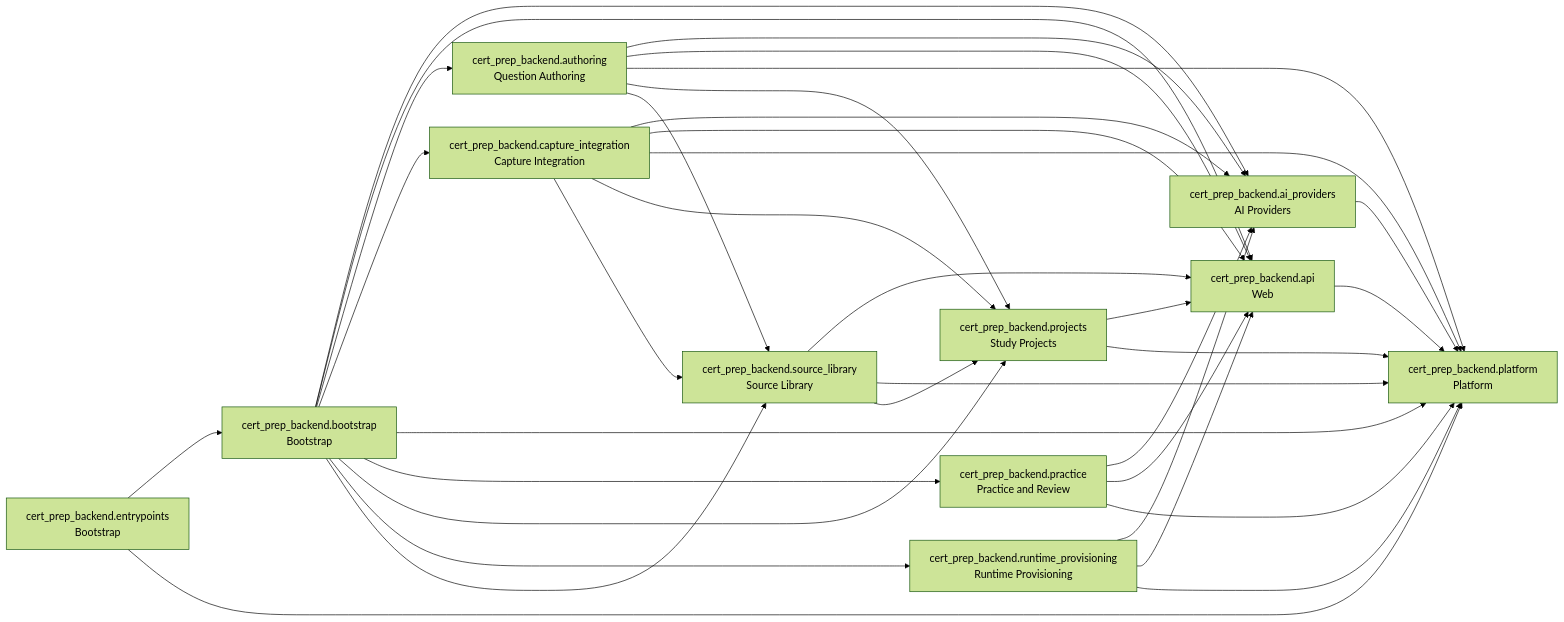
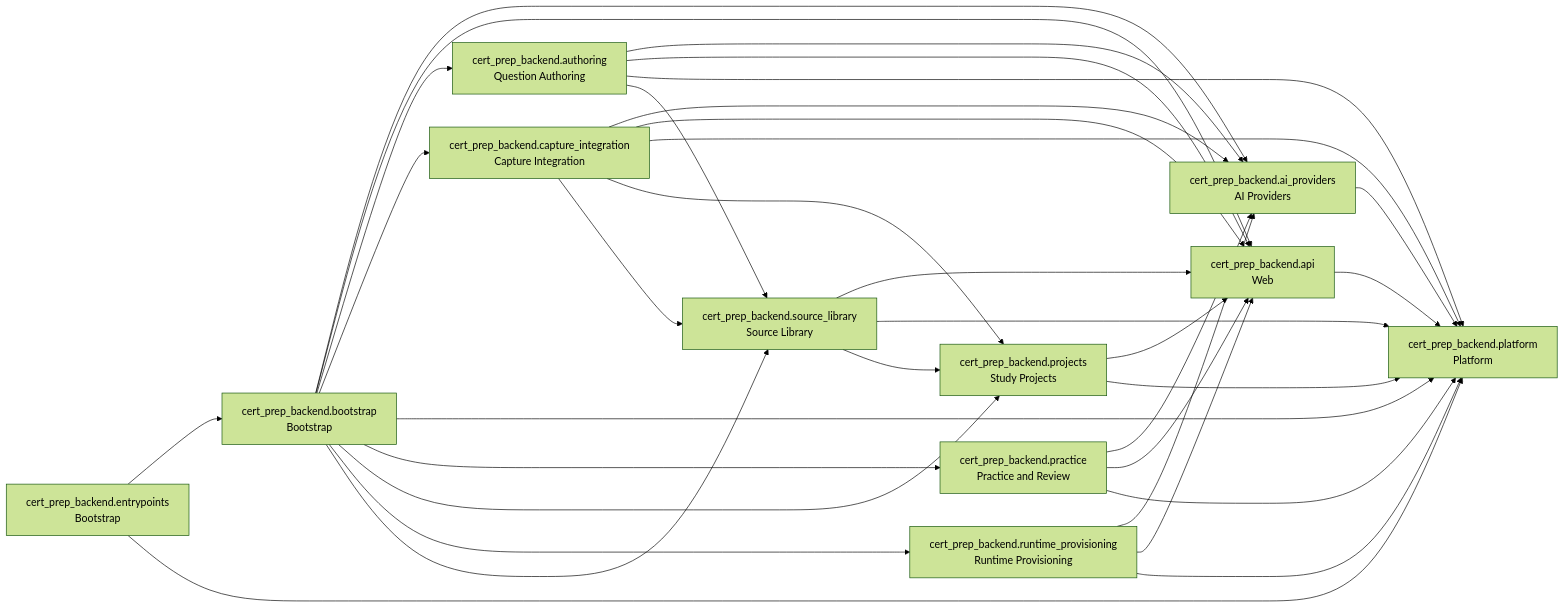
Before and after one commit to WodenWang820118/cert-prep: the diagram in docs/architecture/backend-contexts.md, drawn with Mermaid (forest theme). The commit also changed 37 other files, not shown here.

First line of the commit message:
refactor(authoring,capture-integration): reach projects and source library through ports (DDD step C5, part 3)

````diff
--- a/docs/architecture/backend-contexts.md
+++ b/docs/architecture/backend-contexts.md
@@ -6,48 +6,47 @@
 ```mermaid
 flowchart LR
   n_cert_prep_backend_ai_providers["cert_prep_backend.ai_providers<br/>AI Providers"]
   n_cert_prep_backend_api["cert_prep_backend.api<br/>Web"]
   n_cert_prep_backend_authoring["cert_prep_backend.authoring<br/>Question Authoring"]
   n_cert_prep_backend_bootstrap["cert_prep_backend.bootstrap<br/>Bootstrap"]
   n_cert_prep_backend_capture_integration["cert_prep_backend.capture_integration<br/>Capture Integration"]
   n_cert_prep_backend_entrypoints["cert_prep_backend.entrypoints<br/>Bootstrap"]
   n_cert_prep_backend_platform["cert_prep_backend.platform<br/>Platform"]
   n_cert_prep_backend_practice["cert_prep_backend.practice<br/>Practice and Review"]
   n_cert_prep_backend_projects["cert_prep_backend.projects<br/>Study Projects"]
   n_cert_prep_backend_runtime_provisioning["cert_prep_backend.runtime_provisioning<br/>Runtime Provisioning"]
   n_cert_prep_backend_source_library["cert_prep_backend.source_library<br/>Source Library"]
   n_cert_prep_backend_ai_providers --> n_cert_prep_backend_platform
   n_cert_prep_backend_api --> n_cert_prep_backend_platform
   n_cert_prep_backend_authoring --> n_cert_prep_backend_ai_providers
   n_cert_prep_backend_authoring --> n_cert_prep_backend_api
   n_cert_prep_backend_authoring --> n_cert_prep_backend_platform
-  n_cert_prep_backend_authoring --> n_cert_prep_backend_projects
   n_cert_prep_backend_authoring --> n_cert_prep_backend_source_library
   n_cert_prep_backend_bootstrap --> n_cert_prep_backend_ai_providers
   n_cert_prep_backend_bootstrap --> n_cert_prep_backend_api
   n_cert_prep_backend_bootstrap --> n_cert_prep_backend_authoring
   n_cert_prep_backend_bootstrap --> n_cert_prep_backend_capture_integration
   n_cert_prep_backend_bootstrap --> n_cert_prep_backend_platform
   n_cert_prep_backend_bootstrap --> n_cert_prep_backend_practice
   n_cert_prep_backend_bootstrap --> n_cert_prep_backend_projects
   n_cert_prep_backend_bootstrap --> n_cert_prep_backend_runtime_provisioning
   n_cert_prep_backend_bootstrap --> n_cert_prep_backend_source_library
   n_cert_prep_backend_capture_integration --> n_cert_prep_backend_ai_providers
   n_cert_prep_backend_capture_integration --> n_cert_prep_backend_api
   n_cert_prep_backend_capture_integration --> n_cert_prep_backend_platform
   n_cert_prep_backend_capture_integration --> n_cert_prep_backend_projects
   n_cert_prep_backend_capture_integration --> n_cert_prep_backend_source_library
   n_cert_prep_backend_entrypoints --> n_cert_prep_backend_bootstrap
   n_cert_prep_backend_entrypoints --> n_cert_prep_backend_platform
   n_cert_prep_backend_practice --> n_cert_prep_backend_ai_providers
   n_cert_prep_backend_practice --> n_cert_prep_backend_api
   n_cert_prep_backend_practice --> n_cert_prep_backend_platform
   n_cert_prep_backend_projects --> n_cert_prep_backend_api
   n_cert_prep_backend_projects --> n_cert_prep_backend_platform
   n_cert_prep_backend_runtime_provisioning --> n_cert_prep_backend_ai_providers
   n_cert_prep_backend_runtime_provisioning --> n_cert_prep_backend_api
   n_cert_prep_backend_runtime_provisioning --> n_cert_prep_backend_platform
   n_cert_prep_backend_source_library --> n_cert_prep_backend_api
   n_cert_prep_backend_source_library --> n_cert_prep_backend_platform
   n_cert_prep_backend_source_library --> n_cert_prep_backend_projects
 ```
````
